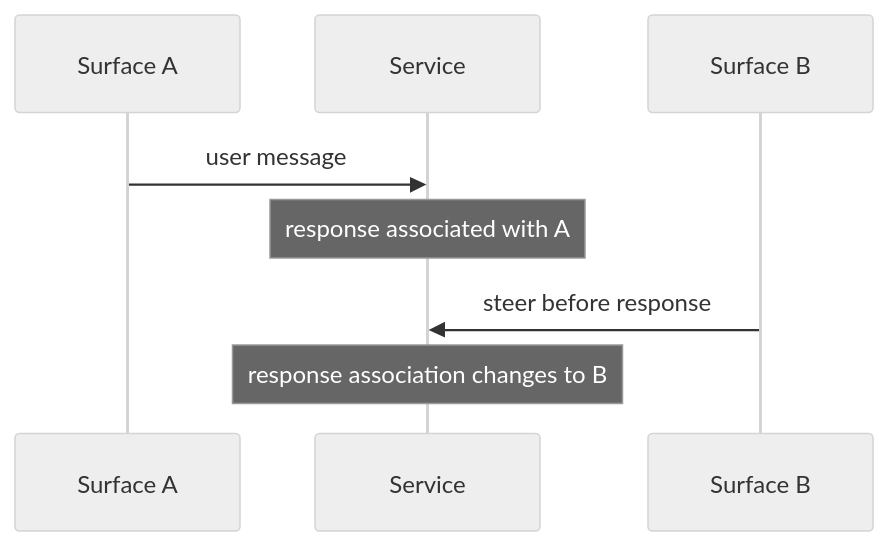
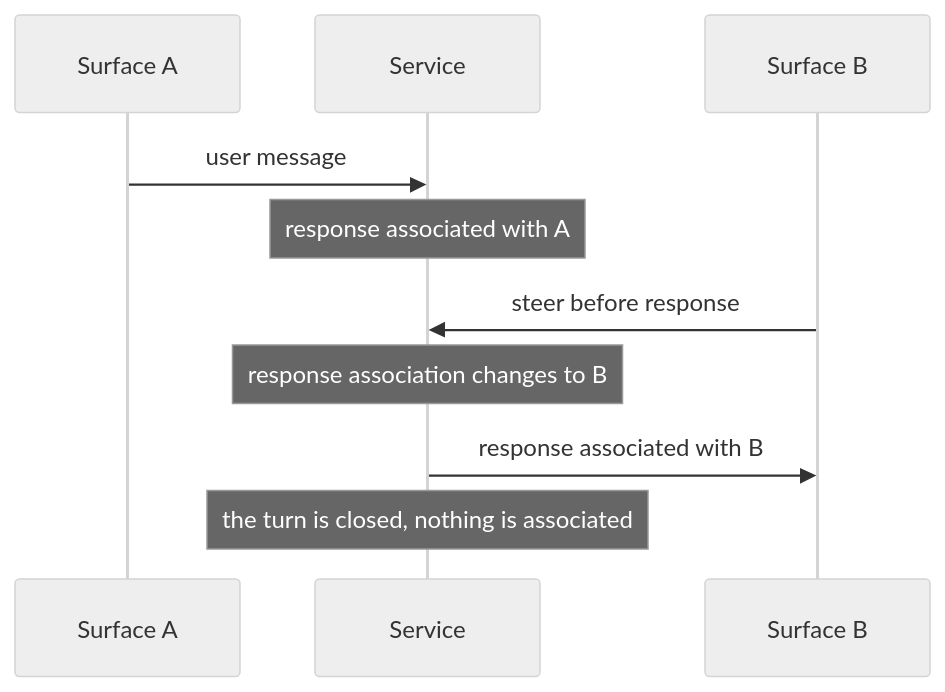
The fourth of 6 diagrams in docs/src/dev/surfaces.md (alexjercan/scufris2), drawn with Mermaid (neutral theme) before and after one commit. The commit also changed other lines of this file and 5 other files, not shown here.

````diff
--- a/docs/src/dev/surfaces.md
+++ b/docs/src/dev/surfaces.md
@@ -136,10 +136,12 @@
 ```mermaid
 sequenceDiagram
     participant A as Surface A
     participant Service
     participant B as Surface B
     A->>Service: user message
     Note over Service: response associated with A
     B->>Service: steer before response
     Note over Service: response association changes to B
+    Service->>B: response associated with B
+    Note over Service: the turn is closed, nothing is associated
 ```
````
